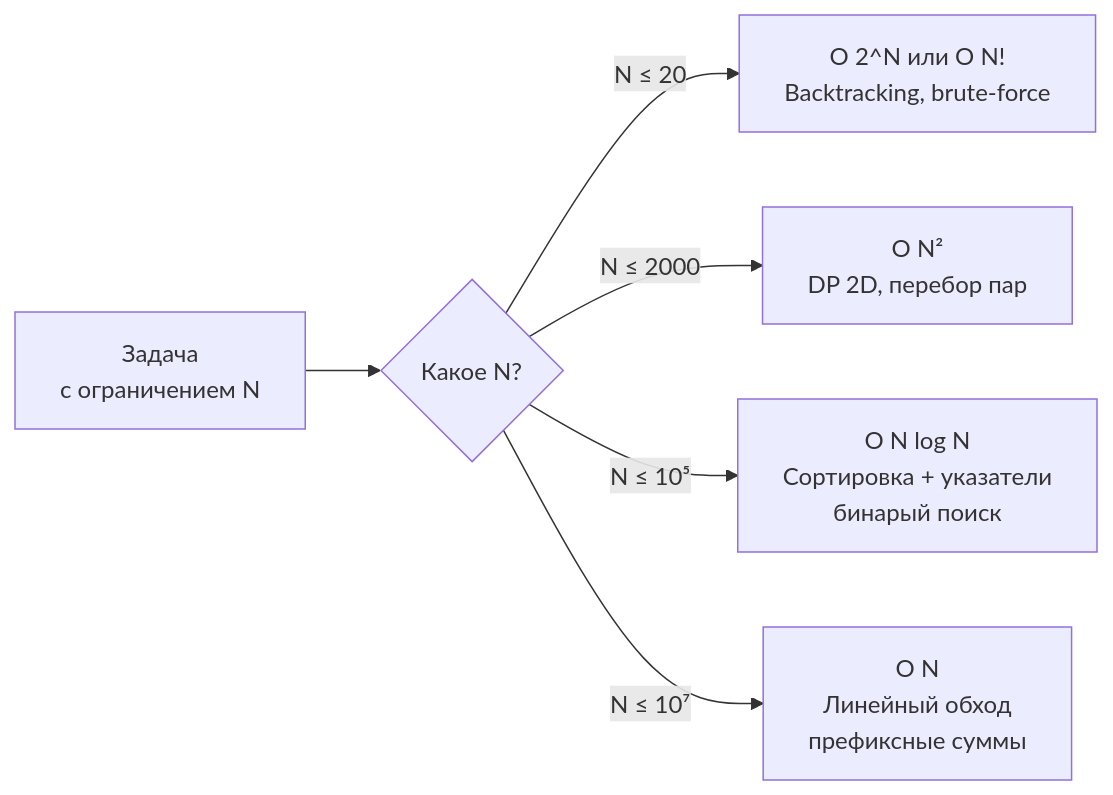
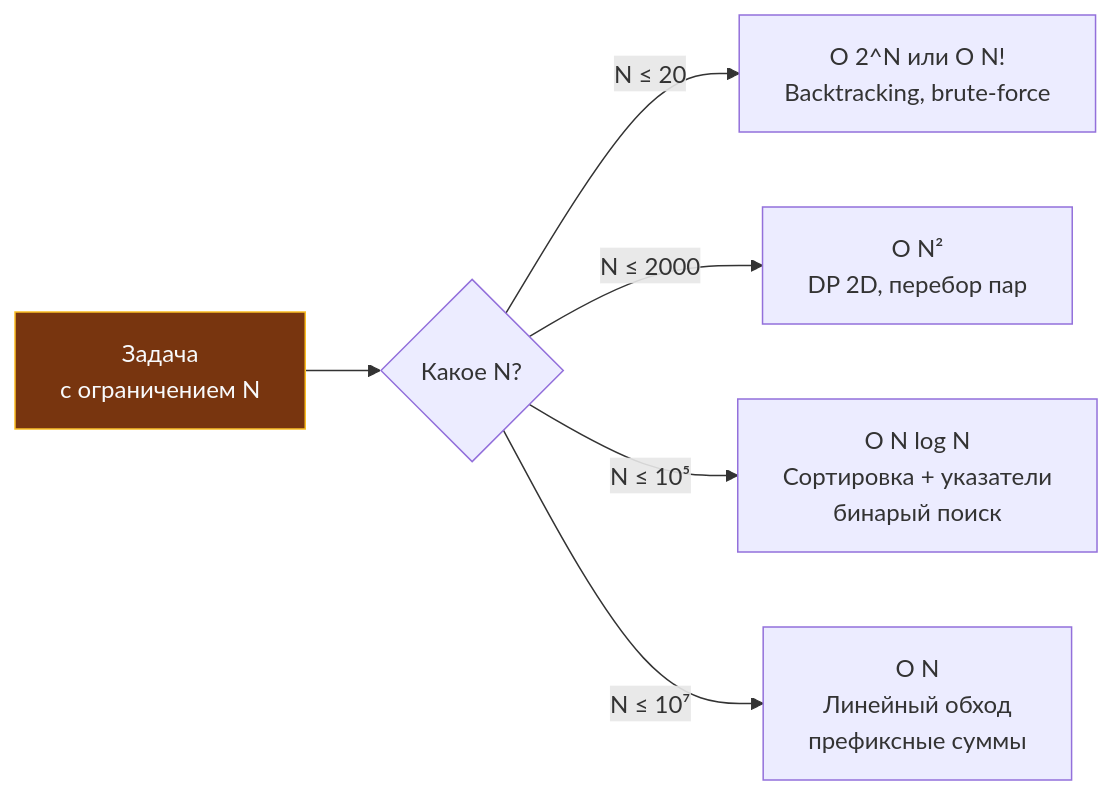
Before and after one commit to UnrealTemplier/go-textbook: the diagram in sources/21. Задачи с LeetCode и собеседований на Go/01. Теория/18. Время и память на практике.md, drawn with Mermaid. The commit also changed 1666 other files, not shown here.

First line of the commit message:
feat(mermaid): add semantic color classDef to 1369 colorless flowchart/graph diagrams

````diff
--- a/sources/21. Задачи с LeetCode и собеседований на Go/01. Теория/18. Время и память на практике.md
+++ b/sources/21. Задачи с LeetCode и собеседований на Go/01. Теория/18. Время и память на практике.md
@@ -26,8 +26,18 @@
 ```mermaid
 flowchart LR
-    A["Задача<br>с ограничением N"] --> B{"Какое N?"}
+    classDef process  fill:#1e293b,stroke:#38bdf8,stroke-width:1px,color:#f8fafc
+    classDef success  fill:#064e3b,stroke:#34d399,stroke-width:1px,color:#f8fafc
+    classDef error    fill:#7f1d1d,stroke:#f87171,stroke-width:1px,color:#f8fafc
+    classDef warning  fill:#78350f,stroke:#fbbf24,stroke-width:1px,color:#f8fafc
+    classDef entry    fill:#1e3a5f,stroke:#38bdf8,stroke-width:2px,color:#f8fafc
+    classDef aux      fill:#334155,stroke:#64748b,stroke-width:1px,color:#f8fafc
+    classDef system   fill:#312e81,stroke:#a78bfa,stroke-width:1px,color:#f8fafc
+    classDef data     fill:#132d29,stroke:#2dd4bf,stroke-width:1px,color:#f8fafc
+    classDef network  fill:#881337,stroke:#fb7185,stroke-width:1px,color:#f8fafc
+    classDef accent   fill:#1e1b4b,stroke:#818cf8,stroke-width:1px,color:#f8fafc
+    A["Задача<br>с ограничением N"]:::warning --> B{"Какое N?"}
     B -->|"N ≤ 20"| C1["O 2^N или O N!<br>Backtracking, brute-force"]
     B -->|"N ≤ 2000"| C2["O N²<br>DP 2D, перебор пар"]
     B -->|"N ≤ 10⁵"| C3["O N log N<br>Сортировка + указатели<br>бинарый поиск"]
     B -->|"N ≤ 10⁷"| C4["O N<br>Линейный обход<br>префиксные суммы"]
 ```
````
